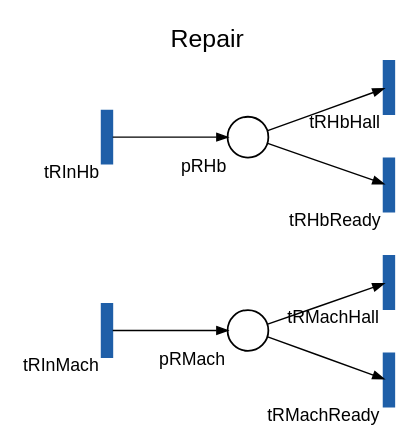
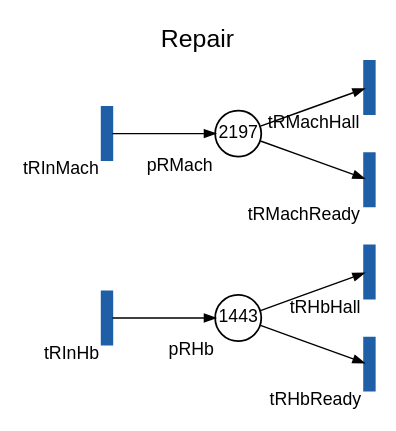
Before and after one commit to DanyGoT/DAT530-Project: the diagram in figures/nets/repair.dot, drawn with Graphviz. The commit also changed 21 other files, not shown here.

First line of the commit message:
feat(figures): net drawings made from the PDFs (net_dot)

```diff
--- a/figures/nets/repair.dot
+++ b/figures/nets/repair.dot
@@ -1,22 +1,23 @@
-// Repair module (modules/repair/repair_pdf.m)
-// Circles: places. Bars: transitions, blue = port.
-// pRMach and pRHb start with the workshops' open repairs (from data).
+// Repair module, made by analysis/net_dot.m from repair_pdf.m.
 digraph Repair {
-  rankdir=LR; nodesep=0.35; ranksep=0.9; forcelabels=true;
+  rankdir=LR; nodesep=0.3; ranksep=0.8; forcelabels=true;
   label="Repair"; labelloc=t; fontname="Helvetica"; fontsize=14;
   node [fontname="Helvetica", fontsize=10, label=""];
   edge [arrowsize=0.6, penwidth=0.8];
-
-  node [shape=circle, fixedsize=true, width=0.32];
-  pRMach [xlabel="pRMach"];
-  pRHb   [xlabel="pRHb"];
-
-  node [shape=box, style=filled, fixedsize=true, width=0.08, height=0.42,
-        color="#1f5fa8", fillcolor="#1f5fa8"];
-  { rank=min; tRInMach [xlabel="tRInMach"]; tRInHb [xlabel="tRInHb"]; }
-  { rank=max; tRMachHall [xlabel="tRMachHall"]; tRMachReady [xlabel="tRMachReady"];
-              tRHbHall [xlabel="tRHbHall"]; tRHbReady [xlabel="tRHbReady"]; }
-
-  tRInMach -> pRMach;  pRMach -> tRMachHall;  pRMach -> tRMachReady;
-  tRInHb   -> pRHb;    pRHb   -> tRHbHall;    pRHb   -> tRHbReady;
+  "tRHbHall" [shape=box, style=filled, fixedsize=true, width=0.08, height=0.42, color="#1f5fa8", fillcolor="#1f5fa8", xlabel="tRHbHall"];
+  "tRHbReady" [shape=box, style=filled, fixedsize=true, width=0.08, height=0.42, color="#1f5fa8", fillcolor="#1f5fa8", xlabel="tRHbReady"];
+  "tRInHb" [shape=box, style=filled, fixedsize=true, width=0.08, height=0.42, color="#1f5fa8", fillcolor="#1f5fa8", xlabel="tRInHb"];
+  "tRInMach" [shape=box, style=filled, fixedsize=true, width=0.08, height=0.42, color="#1f5fa8", fillcolor="#1f5fa8", xlabel="tRInMach"];
+  "tRMachHall" [shape=box, style=filled, fixedsize=true, width=0.08, height=0.42, color="#1f5fa8", fillcolor="#1f5fa8", xlabel="tRMachHall"];
+  "tRMachReady" [shape=box, style=filled, fixedsize=true, width=0.08, height=0.42, color="#1f5fa8", fillcolor="#1f5fa8", xlabel="tRMachReady"];
+  { rank=min; "tRInMach"; "tRInHb";  }
+  { rank=max; "tRMachHall"; "tRMachReady"; "tRHbHall"; "tRHbReady";  }
+  "pRMach" [shape=circle, fixedsize=true, width=0.36, xlabel="pRMach", label="2197"];
+  "pRHb" [shape=circle, fixedsize=true, width=0.36, xlabel="pRHb", label="1443"];
+  "tRInMach" -> "pRMach";
+  "tRInHb" -> "pRHb";
+  "pRMach" -> "tRMachHall";
+  "pRMach" -> "tRMachReady";
+  "pRHb" -> "tRHbHall";
+  "pRHb" -> "tRHbReady";
 }
```
